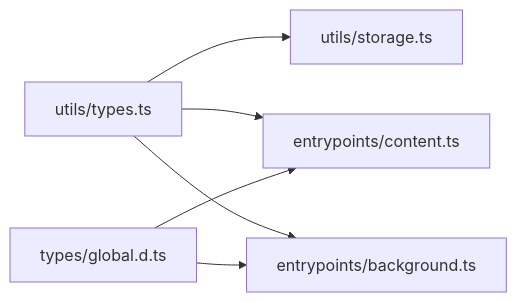
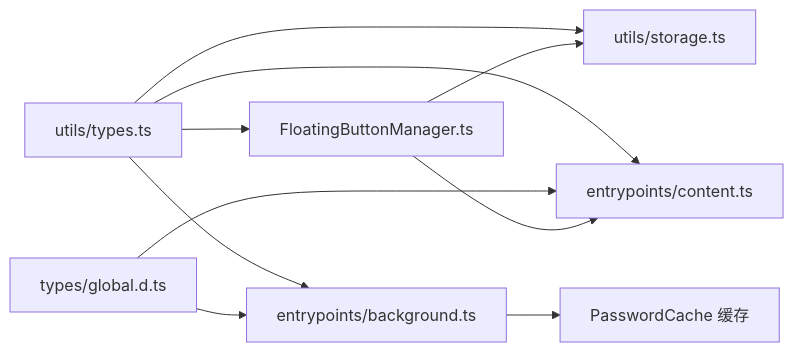
The fifth of 5 diagrams in .qoder/repowiki/zh/content/核心模块/类型定义.md (liaolongdong/account-password-helper), drawn with Mermaid before and after one commit. The commit also changed other lines of this file and 23 other files, not shown here.

````diff
--- a/.qoder/repowiki/zh/content/核心模块/类型定义.md
+++ b/.qoder/repowiki/zh/content/核心模块/类型定义.md
@@ -216,8 +392,12 @@
 ```mermaid
 graph LR
 Types["utils/types.ts"] --> Storage["utils/storage.ts"]
 Types --> Content["entrypoints/content.ts"]
 Types --> Background["entrypoints/background.ts"]
+Types --> FloatingManager["FloatingButtonManager.ts"]
 Global["types/global.d.ts"] --> Content
 Global --> Background
+FloatingManager --> Storage
+FloatingManager --> Content
+Background --> Cache["PasswordCache 缓存"]
 ```
````
